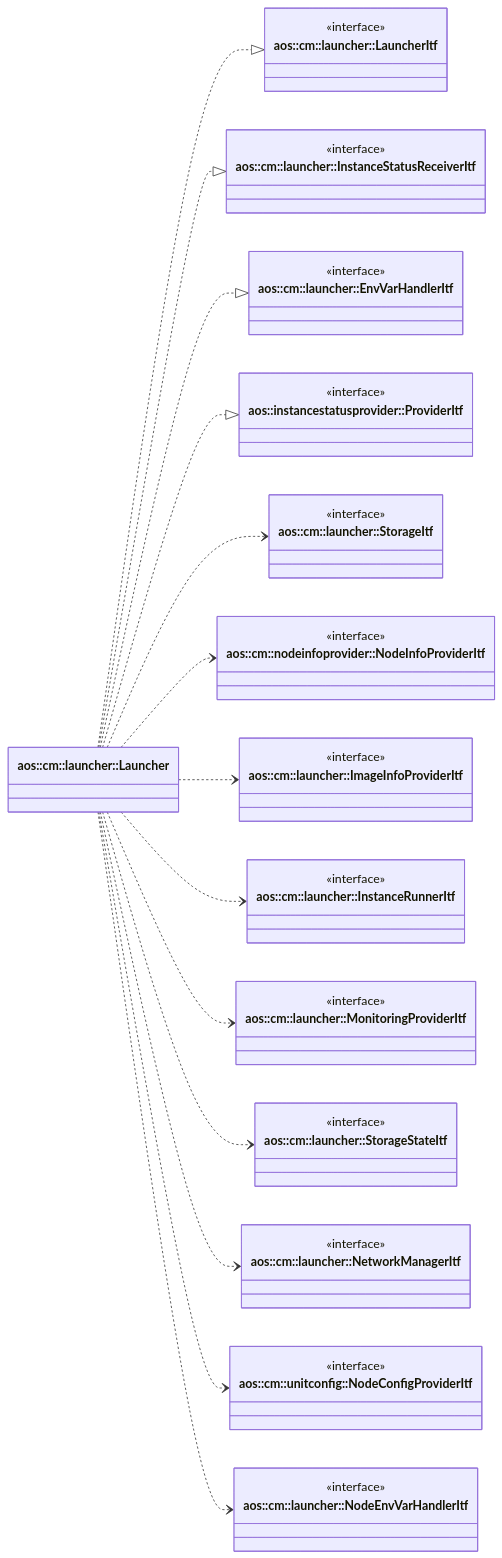
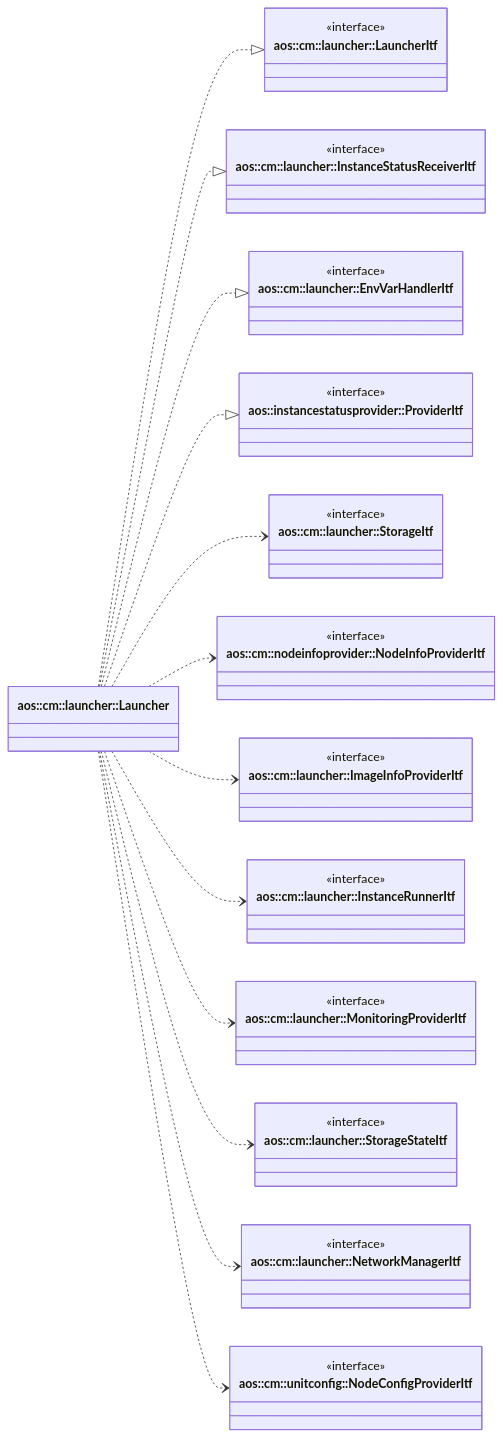
One commit to aosedge/aos_core_lib_cpp changed the first of 4 diagrams in src/core/cm/launcher/launcher.md. Above: the diagram before and after it, drawn with Mermaid. The commit also changed other lines of this file and 3 other files, not shown here.

First line of the commit message:
cm: launcher: remove NodeEnvVarHandlerItf

````diff
--- a/src/core/cm/launcher/launcher.md
+++ b/src/core/cm/launcher/launcher.md
@@ -34,74 +33,69 @@
 ```mermaid
 classDiagram
     direction LR
 
     class Launcher["aos::cm::launcher::Launcher"] {
     }
 
     class LauncherItf["aos::cm::launcher::LauncherItf"] {
         <<interface>>
     }
 
     class InstanceStatusReceiverItf["aos::cm::launcher::InstanceStatusReceiverItf"] {
         <<interface>>
     }
 
     class EnvVarHandlerItf["aos::cm::launcher::EnvVarHandlerItf"] {
         <<interface>>
     }
 
     class InstanceStatusProviderItf["aos::instancestatusprovider::ProviderItf"] {
         <<interface>>
     }
 
     class StorageItf["aos::cm::launcher::StorageItf"] {
         <<interface>>
     }
 
     class NodeInfoProviderItf["aos::cm::nodeinfoprovider::NodeInfoProviderItf"] {
         <<interface>>
     }
 
     class ImageInfoProviderItf ["aos::cm::launcher::ImageInfoProviderItf"] {
         <<interface>>
     }
 
     class InstanceRunnerItf ["aos::cm::launcher::InstanceRunnerItf"] {
         <<interface>>
     }
 
     class MonitoringProviderItf ["aos::cm::launcher::MonitoringProviderItf"] {
         <<interface>>
     }
 
     class StorageStateItf ["aos::cm::launcher::StorageStateItf"] {
         <<interface>>
     }
 
     class NetworkManagerItf ["aos::cm::launcher::NetworkManagerItf"] {
         <<interface>>
     }
 
     class NodeConfigProviderItf ["aos::cm::unitconfig::NodeConfigProviderItf"] {
         <<interface>>
     }
 
-    class NodeEnvVarHandlerItf ["aos::cm::launcher::NodeEnvVarHandlerItf"] {
-        <<interface>>
-    }
-
     Launcher ..|> LauncherItf
     Launcher ..|> InstanceStatusReceiverItf
     Launcher ..|> EnvVarHandlerItf
     Launcher ..|> InstanceStatusProviderItf
 
     Launcher ..> StorageItf
     Launcher ..> NodeInfoProviderItf
     Launcher ..> ImageInfoProviderItf
     Launcher ..> InstanceRunnerItf
     Launcher ..> MonitoringProviderItf
     Launcher ..> StorageStateItf
     Launcher ..> NetworkManagerItf
     Launcher ..> NodeConfigProviderItf
-    Launcher ..> NodeEnvVarHandlerItf
 ```
````
